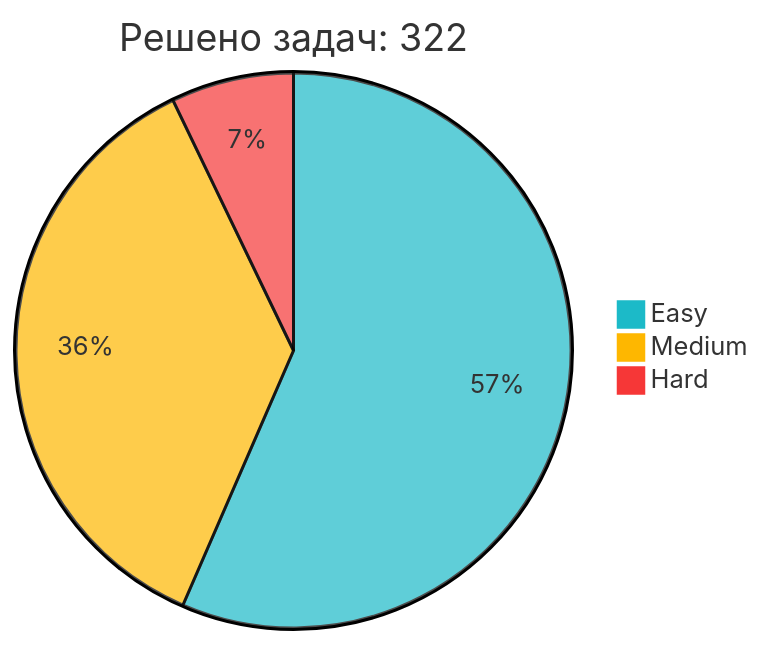
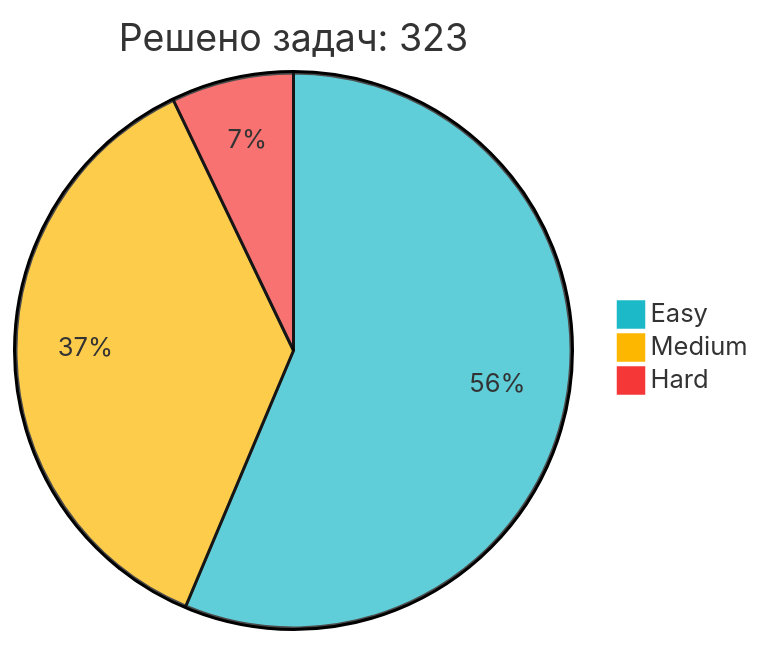
One commit to IliaKurdukov/IliaKurdukov changed the diagram in README.md. Above: the diagram before and after it, drawn with Mermaid. The commit also changed other lines of this file, not shown here.

````diff
--- a/README.md
+++ b/README.md
@@ -51,7 +51,7 @@
 ```mermaid
 %%{init: {'theme': 'base', 'themeVariables': { 'pie1': '#1CBAC8', 'pie2': '#FEB700', 'pie3': '#F63737' }, 'config': {'width': 300, 'height': 200}}}%%
-pie title Решено задач: 322
+pie title Решено задач: 323
    "Easy" : 182
-   "Medium" : 117
+   "Medium" : 118
    "Hard" : 23
 ```
````
